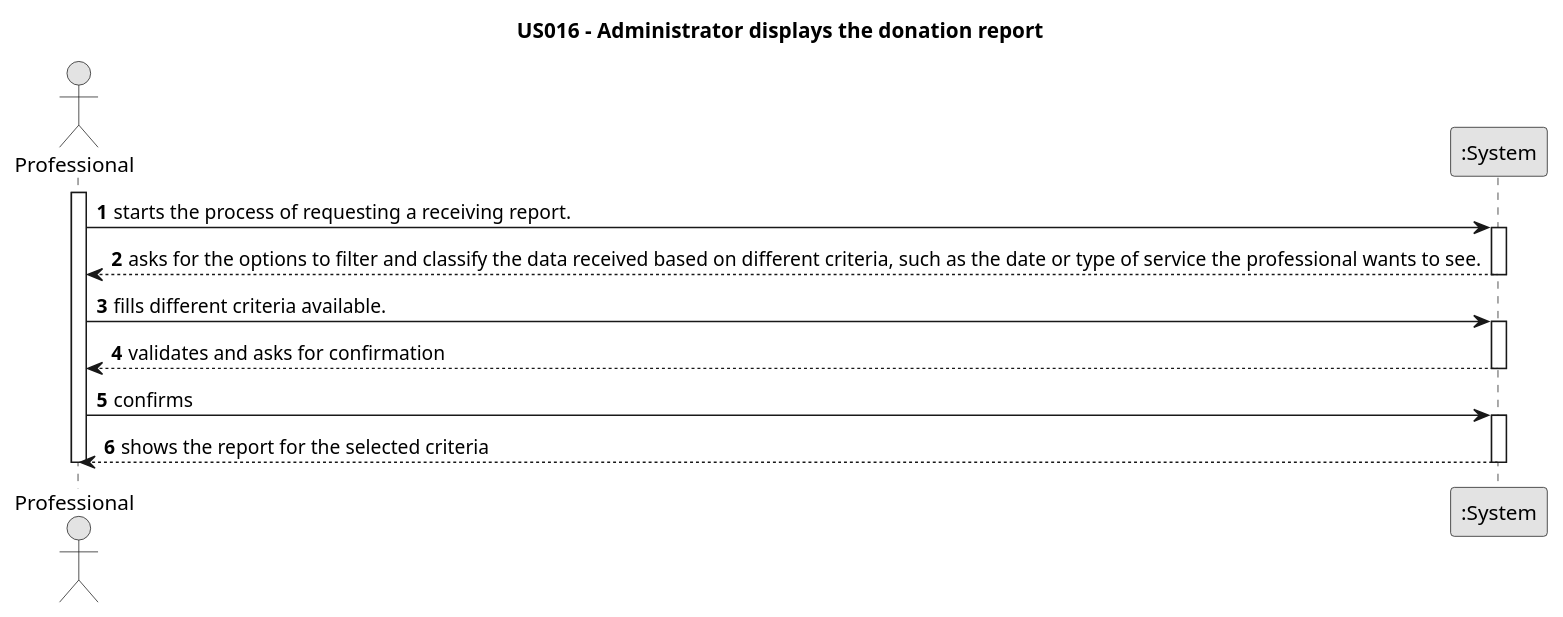
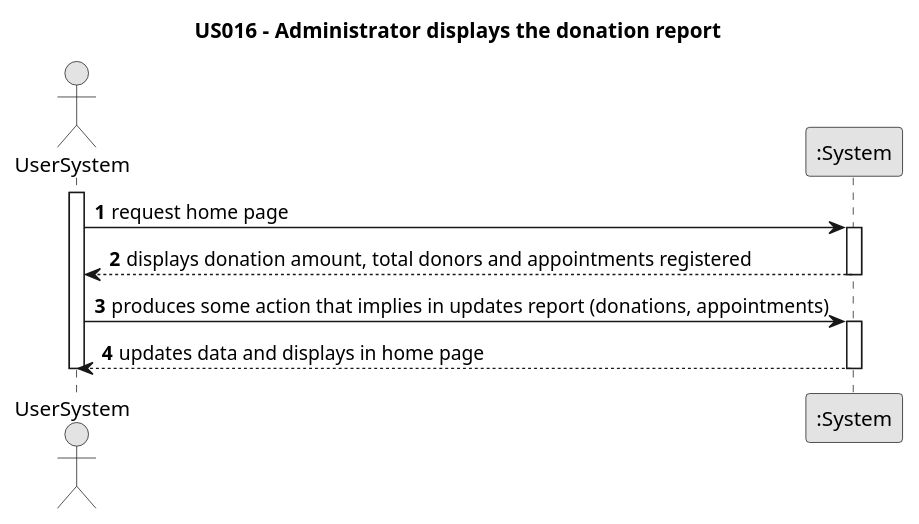
Before and after one commit to Chirano/GladlyGiven: the diagram in javaSprint2GladlyGiven/Docs/UseCases/uc016/requeriments/puml/us016-SSD.puml, drawn with PlantUML. The commit also changed 10 other files, not shown here.

```diff
--- a/javaSprint2GladlyGiven/Docs/UseCases/uc016/requeriments/puml/us016-SSD.puml
+++ b/javaSprint2GladlyGiven/Docs/UseCases/uc016/requeriments/puml/us016-SSD.puml
@@ -1,30 +1,25 @@
 @startuml
 skinparam monochrome true
 skinparam packageStyle rectangle
 skinparam shadowing false
 
 title US016 - Administrator displays the donation report
 
 autonumber
 
-actor Professional
+actor UserSystem
 participant ":System" as System
 
-activate Professional
-    Professional -> System : starts the process of requesting a receiving report.
+activate UserSystem
+    UserSystem -> System : request home page
     activate System
-        System --> Professional : asks for the options to filter and classify the data received based on different criteria, such as the date or type of service the professional wants to see.
+        System --> UserSystem : displays donation amount, total donors and appointments registered
     deactivate System
 
-    Professional -> System : fills different criteria available.
+    UserSystem -> System : produces some action that implies in updates report (donations, appointments)
     activate System
-        System --> Professional : validates and asks for confirmation
+        System --> UserSystem : updates data and displays in home page
     deactivate System
-
-    Professional -> System : confirms
-    activate System
-        System --> Professional : shows the report for the selected criteria
-    deactivate System
-deactivate Professional
+deactivate UserSystem
 
 @enduml
```
